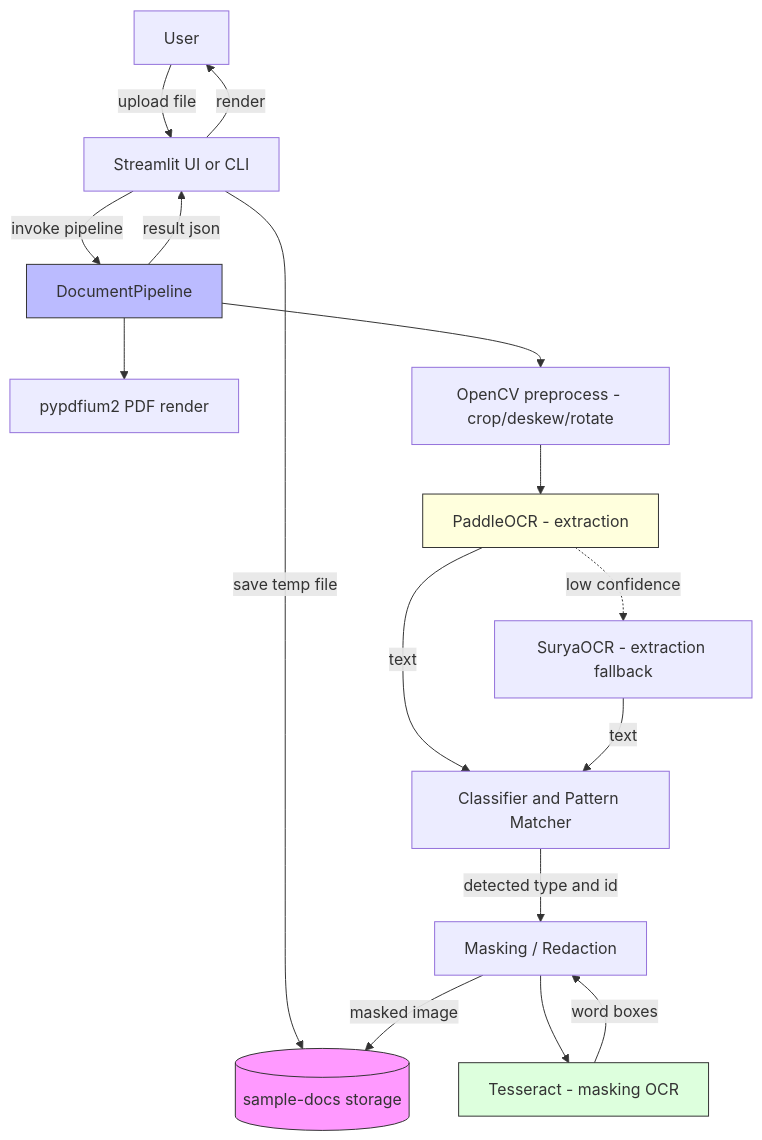
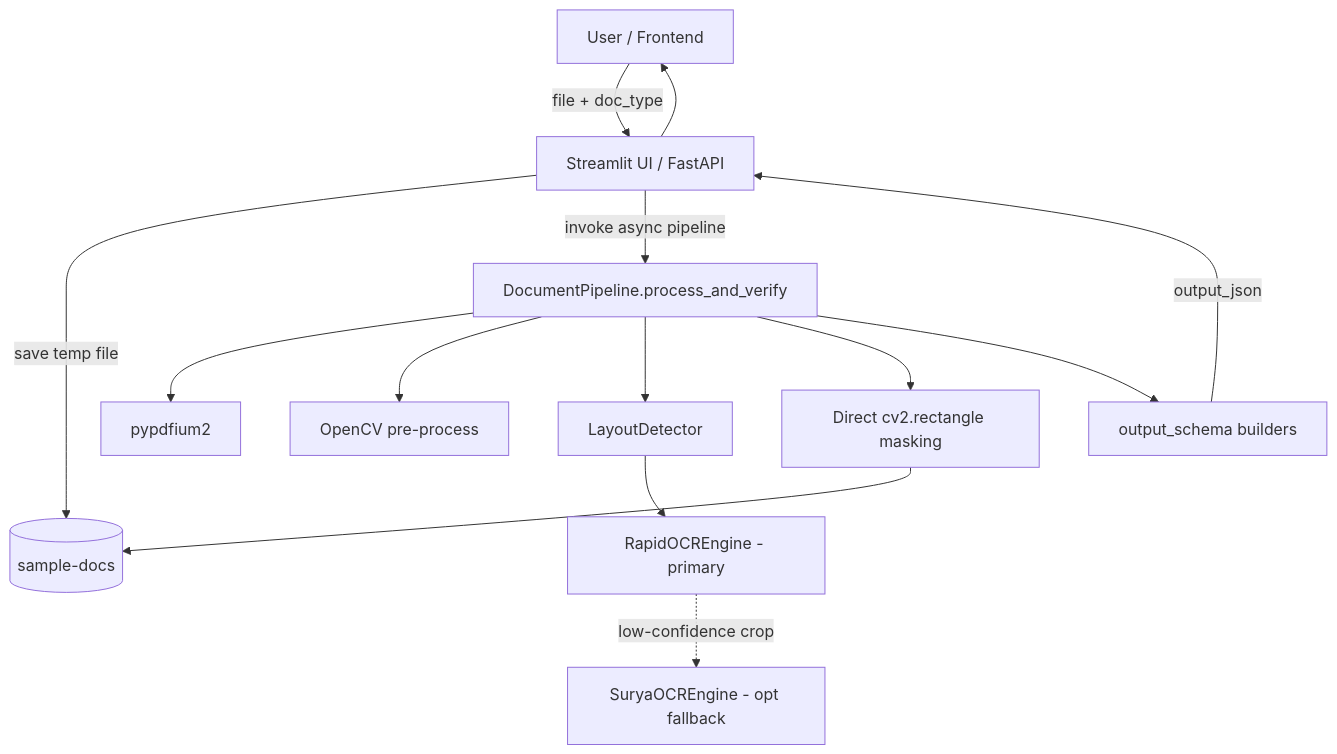
The first of 3 diagrams in README.md (recrivio-dev/kyc-test), drawn with Mermaid before and after one commit. The commit also changed other lines of this file, not shown here.

````diff
--- a/README.md
+++ b/README.md
@@ -117,35 +453,28 @@
 ```mermaid
 flowchart TD
-	U[User]
-	S[Streamlit UI or CLI]
-	FS[(sample-docs storage)]
-	P[DocumentPipeline]
-	PDF[pypdfium2 PDF render]
-	CV[OpenCV preprocess - crop/deskew/rotate]
-	PAD[PaddleOCR - extraction]
-	SUR[SuryaOCR - extraction fallback]
-	CLF[Classifier and Pattern Matcher]
-	TES[Tesseract - masking OCR]
-	MASK[Masking / Redaction]
+    U[User / Frontend]
+    UI[Streamlit UI / FastAPI]
+    FS[(sample-docs)]
+    P[DocumentPipeline.process_and_verify]
+    PDF[pypdfium2]
+    CV[OpenCV pre-process]
+    LD[LayoutDetector]
+    PR[RapidOCREngine - primary]
+    SR[SuryaOCREngine - opt fallback]
+    SCHEMA[output_schema builders]
+    MASK[Direct cv2.rectangle masking]
 
-	U -->|upload file| S
-	S -->|save temp file| FS
-	S -->|invoke pipeline| P
-	P --> PDF
-	P --> CV
-	CV --> PAD
-	PAD -.low confidence.-> SUR
-	PAD -->|text| CLF
-	SUR -->|text| CLF
-	CLF -->|detected type and id| MASK
-	MASK --> TES
-	TES -->|word boxes| MASK
-	MASK -->|masked image| FS
-	P -->|result json| S
-	S -->|render| U
-
-	style FS fill:#f9f,stroke:#333,stroke-width:1px
-	style P fill:#bbf,stroke:#333,stroke-width:1px
-	style PAD fill:#ffd,stroke:#333,stroke-width:1px
-	style TES fill:#dfd,stroke:#333,stroke-width:1px
+    U -->|file + doc_type| UI
+    UI -->|save temp file| FS
+    UI -->|invoke async pipeline| P
+    P --> PDF
+    P --> CV
+    P --> LD
+    LD --> PR
+    PR -. low-confidence crop .-> SR
+    P --> MASK
+    MASK --> FS
+    P --> SCHEMA
+    SCHEMA -->|output_json| UI
+    UI --> U
 ```
````
